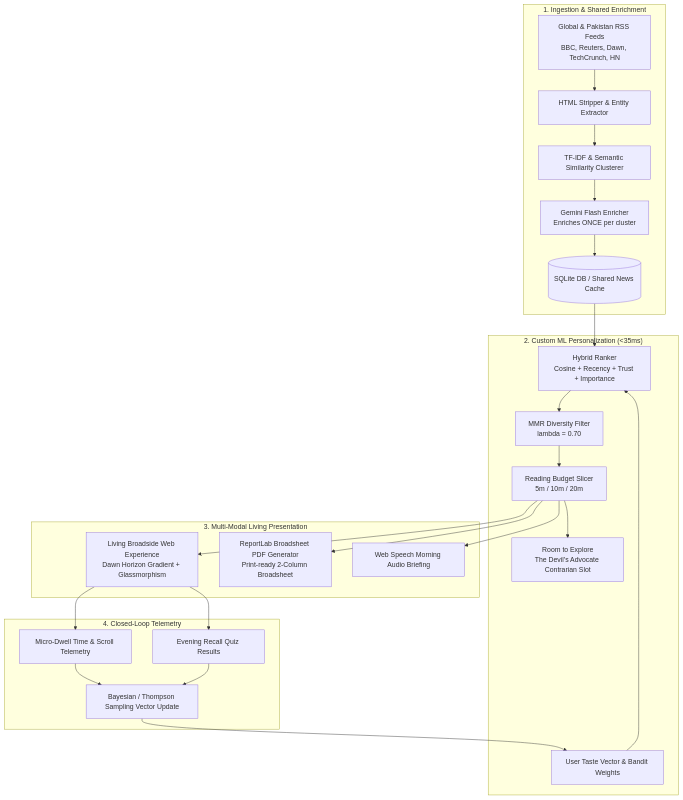
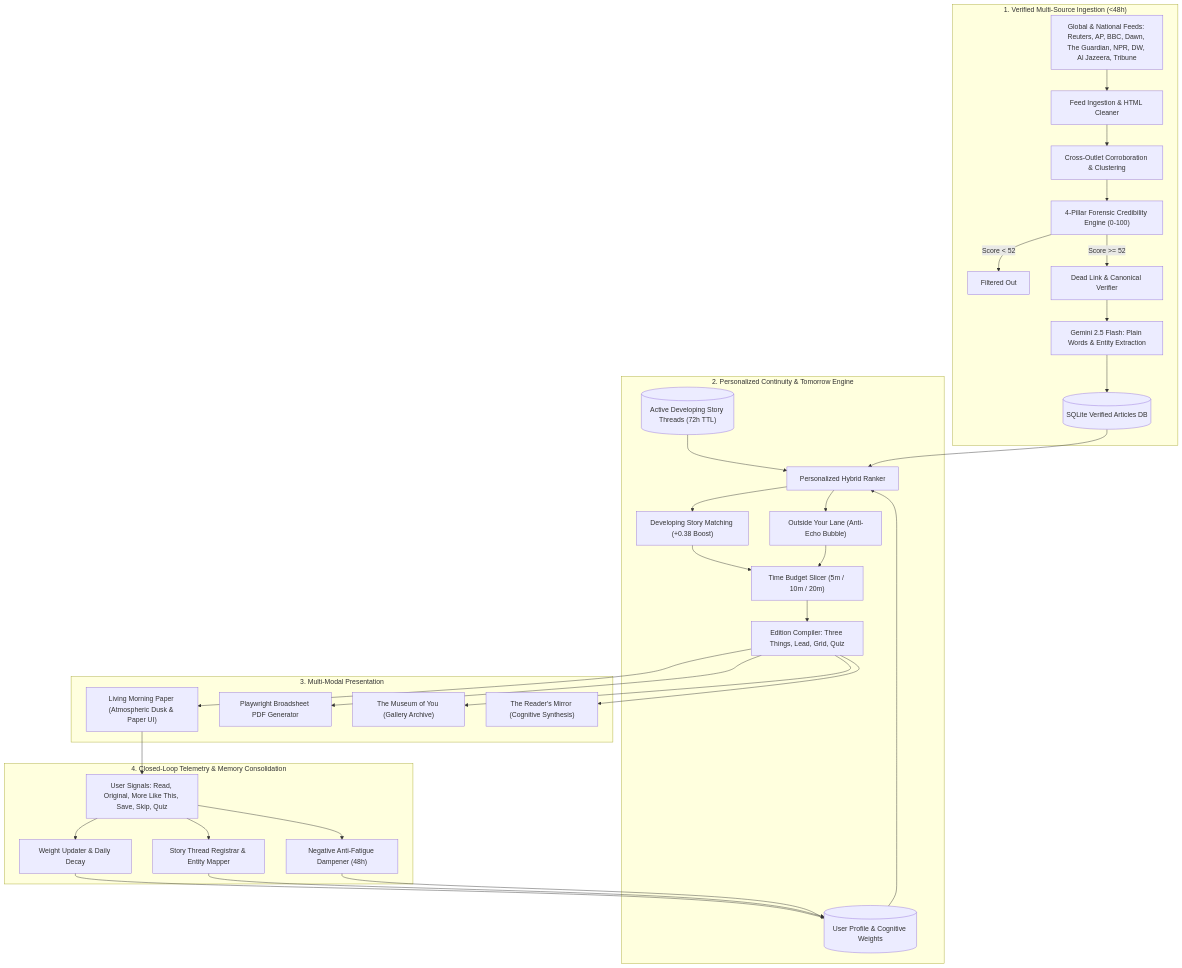
Before and after one commit to Hamza-Ziaa/zok-nascon26: the diagram in README.md, drawn with Mermaid. The commit also changed other lines of this file and 47 other files, not shown here.

Commit message:
ZOK 2.0: Personal Morning Paper — Portal UI/UX, 4-Pillar Trust Engine, Dwell Time Tracking & PDF Broadsheet

````diff
--- a/README.md
+++ b/README.md
@@ -25,31 +76,37 @@
 ```mermaid
 flowchart TD
-    subgraph INGESTION ["1. Ingestion & Shared Enrichment"]
-        RSS[Global & Pakistan RSS Feeds<br/>BBC, Reuters, Dawn, TechCrunch, HN] --> Cleaner[HTML Stripper & Entity Extractor]
-        Cleaner --> Clusterer[TF-IDF & Semantic Similarity Clusterer]
-        Clusterer --> LLM[Gemini Flash Enricher<br/>Enriches ONCE per cluster]
-        LLM --> CacheDB[(SQLite DB / Shared News Cache)]
-    end
+  subgraph INGESTION ["1. Verified Multi-Source Ingestion (<48h)"]
+    Feeds["Global & National Feeds: Reuters, AP, BBC, Dawn, The Guardian, NPR, DW, Al Jazeera, Tribune"] --> Parser["Feed Ingestion & HTML Cleaner"]
+    Parser --> Clusterer["Cross-Outlet Corroboration & Clustering"]
+    Clusterer --> CredEngine["4-Pillar Forensic Credibility Engine (0-100)"]
+    CredEngine -->|Score < 52| Drop["Filtered Out"]
+    CredEngine -->|Score >= 52| DeadCheck["Dead Link & Canonical Verifier"]
+    DeadCheck --> LLM["Gemini 2.5 Flash: Plain Words & Entity Extraction"]
+    LLM --> CacheDB[("SQLite Verified Articles DB")]
+  end
 
-    subgraph RANKING ["2. Custom ML Personalization (<35ms)"]
-        UserTaste[User Taste Vector & Bandit Weights] --> Ranker[Hybrid Ranker<br/>Cosine + Recency + Trust + Importance]
-        CacheDB --> Ranker
-        Ranker --> MMR[MMR Diversity Filter<br/>lambda = 0.70]
-        MMR --> Budget[Reading Budget Slicer<br/>5m / 10m / 20m]
-        Budget --> DevilsAdvocate["Room to Explore"<br/>The Devil's Advocate Contrarian Slot]
-    end
+  subgraph PERSONALIZATION ["2. Personalized Continuity & Tomorrow Engine"]
+    UserDB[("User Profile & Cognitive Weights")] --> Ranker["Personalized Hybrid Ranker"]
+    ThreadsDB[("Active Developing Story Threads (72h TTL)")] --> Ranker
+    CacheDB --> Ranker
+    Ranker --> ThreadBoost["Developing Story Matching (+0.38 Boost)"]
+    Ranker --> LaneCandidate["Outside Your Lane (Anti-Echo Bubble)"]
+    ThreadBoost & LaneCandidate --> Slicer["Time Budget Slicer (5m / 10m / 20m)"]
+    Slicer --> EditionBuilder["Edition Compiler: Three Things, Lead, Grid, Quiz"]
+  end
 
-    subgraph DELIVERY ["3. Multi-Modal Living Presentation"]
-        Budget --> WebApp[Living Broadside Web Experience<br/>Dawn Horizon Gradient + Glassmorphism]
-        Budget --> PDFGen[ReportLab Broadsheet PDF Generator<br/>Print-ready 2-Column Broadsheet]
-        Budget --> TTS[Web Speech Morning Audio Briefing]
-    end
+  subgraph MULTI_MODAL ["3. Multi-Modal Presentation"]
+    EditionBuilder --> WebApp["Living Morning Paper (Atmospheric Dusk & Paper UI)"]
+    EditionBuilder --> PDFEngine["Playwright Broadsheet PDF Generator"]
+    EditionBuilder --> Museum["The Museum of You (Gallery Archive)"]
+    EditionBuilder --> Mirror["The Reader's Mirror (Cognitive Synthesis)"]
+  end
 
-    subgraph LEARNING ["4. Closed-Loop Telemetry"]
-        WebApp --> DwellTracker[Micro-Dwell Time & Scroll Telemetry]
-        WebApp --> RecallTracker[Evening Recall Quiz Results]
-        DwellTracker --> BanditUpdater[Bayesian / Thompson Sampling Vector Update]
-        RecallTracker --> BanditUpdater
-        BanditUpdater --> UserTaste
-    end
+  subgraph LEARNING ["4. Closed-Loop Telemetry & Memory Consolidation"]
+    WebApp --> Events["User Signals: Read, Original, More Like This, Save, Skip, Quiz"]
+    Events --> WeightUpdater["Weight Updater & Daily Decay"]
+    Events --> ThreadRegistrar["Story Thread Registrar & Entity Mapper"]
+    Events --> NegativeFilter["Negative Anti-Fatigue Dampener (48h)"]
+    WeightUpdater & ThreadRegistrar & NegativeFilter --> UserDB
+  end
 ```
````
